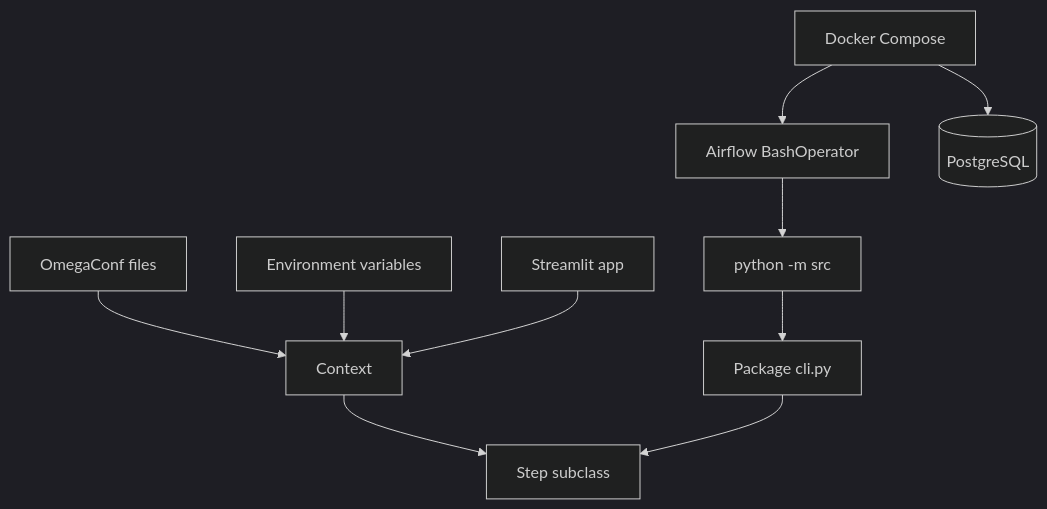
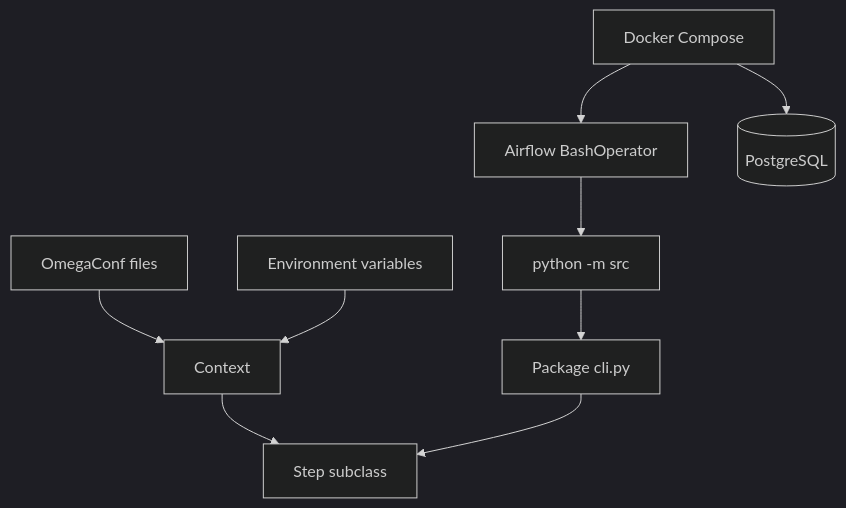
The diagram in wiki/architecture/orchestration-and-runtime.md (alexandredelarrard/PEA), drawn with Mermaid (dark theme) before and after one commit. The commit also changed other lines of this file and 23 other files, not shown here.

```diff
--- a/wiki/architecture/orchestration-and-runtime.md
+++ b/wiki/architecture/orchestration-and-runtime.md
@@ -17,12 +18,11 @@
 ~~~mermaid
 flowchart TD
   Config[OmegaConf files] --> Context[Context]
   Env[Environment variables] --> Context
   Context --> Step[Step subclass]
   ModuleCLI[Package cli.py] --> Step
   RootCLI[python -m src] --> ModuleCLI
   Airflow[Airflow BashOperator] --> RootCLI
   Compose[Docker Compose] --> Airflow
   Compose --> DB[(PostgreSQL)]
-  Streamlit[Streamlit app] --> Context
 ~~~
```
